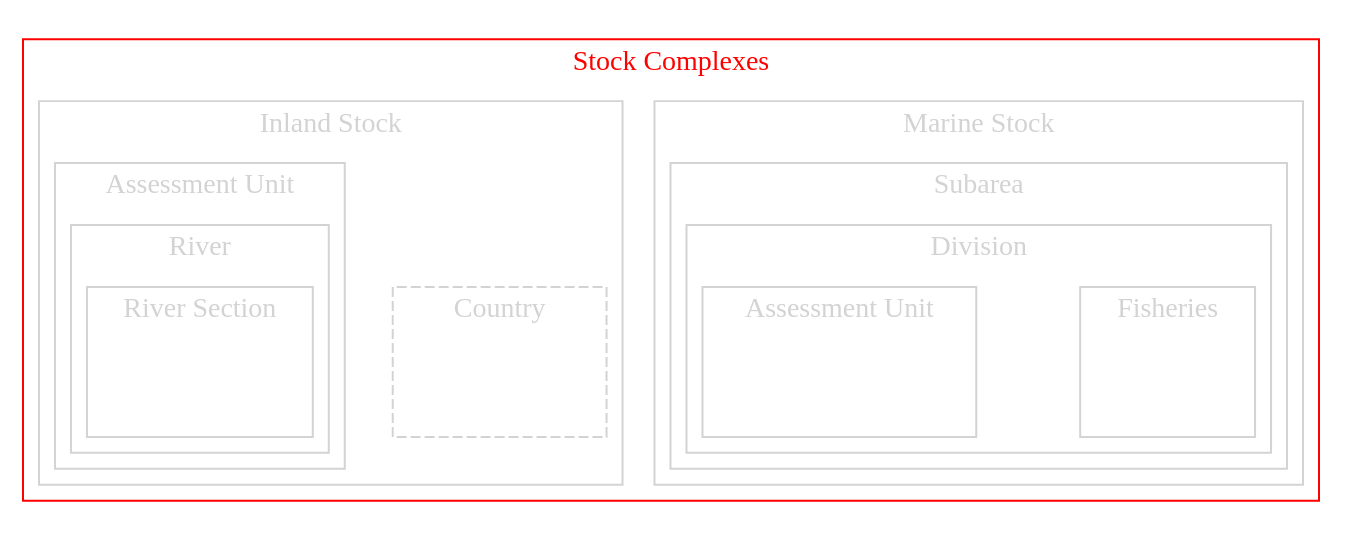
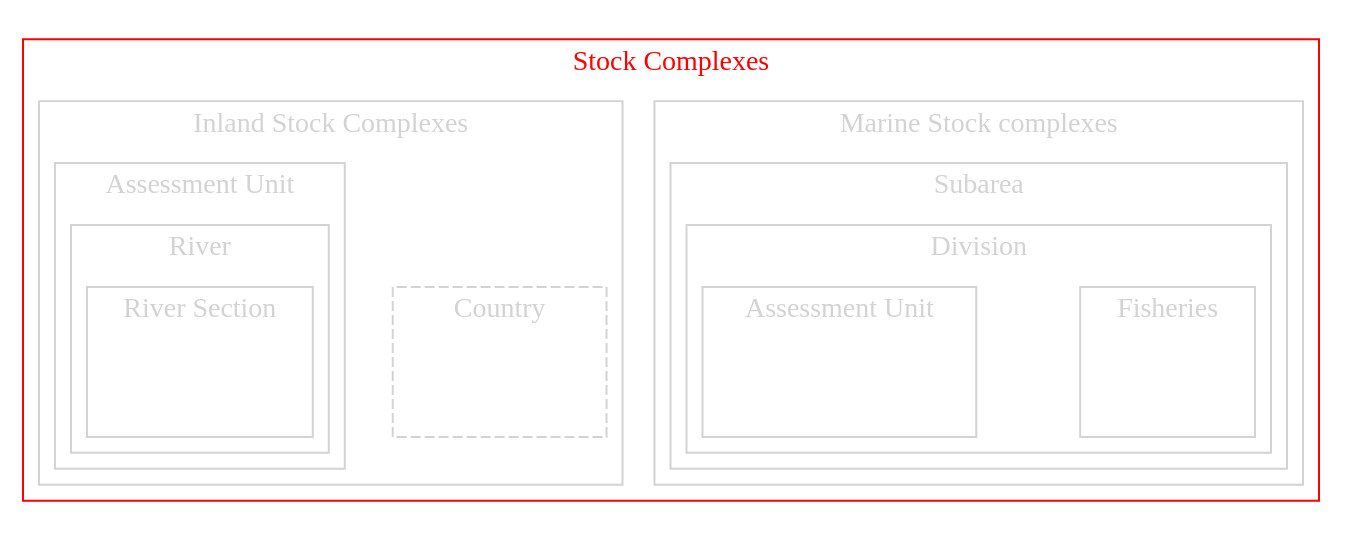
One commit to DIASPARAproject/WP3_habitat changed the tenth of 20 diagrams in R/generating_graphs.qmd. Above: the diagram before and after it, drawn with Graphviz. The commit also changed other lines of this file and 4 other files, not shown here.

```diff
--- a/R/generating_graphs.qmd
+++ b/R/generating_graphs.qmd
@@ -934,7 +934,7 @@
       center=true
 
       subgraph clusterA {
-        label = "Inland Stock"
+        label = "Inland Stock Complexes"
         style=full
         color=lightgrey
         fontcolor=lightgrey
@@ -980,7 +980,7 @@
       }
 
       subgraph clusterF {
-      label = "Marine Stock"
+      label = "Marine Stock complexes"
       style=full
       color=lightgrey
       fontcolor=lightgrey
```
